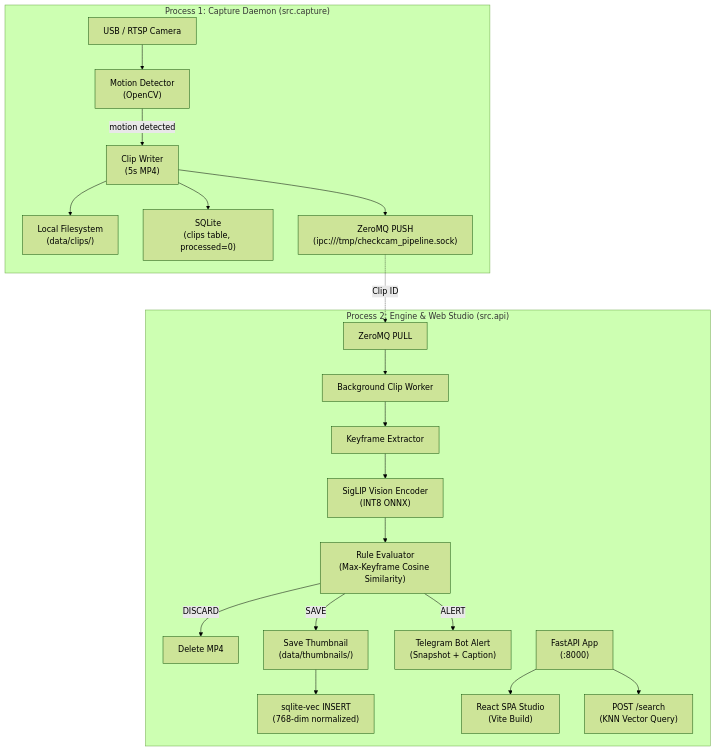
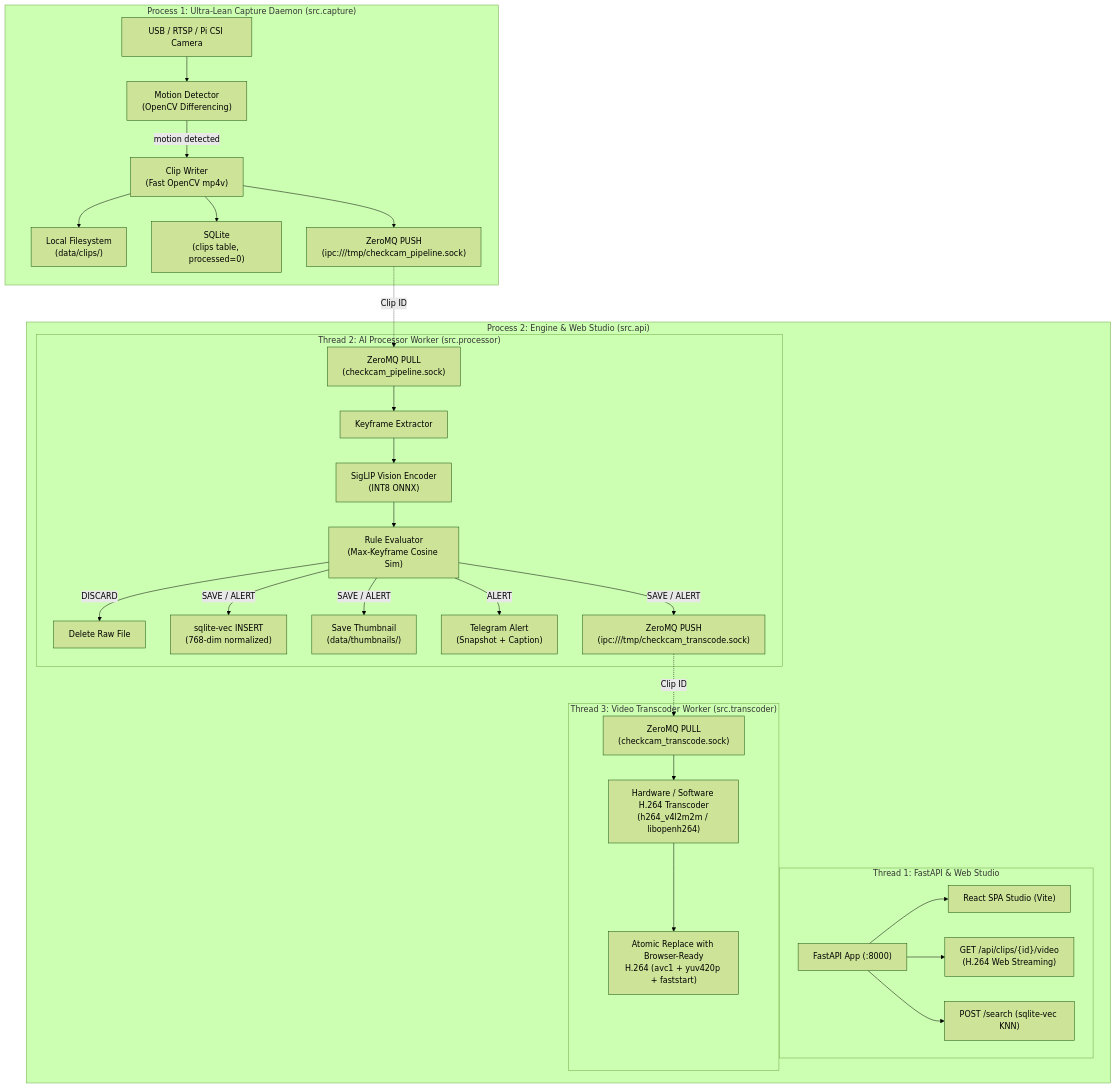
The diagram in README.md (feysy/CheckCam), drawn with Mermaid (forest theme) before and after one commit. The commit also changed 7 other files, not shown here.

Commit message:
refactor: implement dedicated worker threads for AI processing and video transcoding

````diff
--- a/README.md
+++ b/README.md
@@ -24,28 +24,37 @@
 ```mermaid
 graph TD
-    subgraph "Process 1: Capture Daemon (src.capture)"
-        CAM["USB / RTSP Camera"] --> MD["Motion Detector\n(OpenCV)"]
-        MD -->|motion detected| CW["Clip Writer\n(5s MP4)"]
+    subgraph "Process 1: Ultra-Lean Capture Daemon (src.capture)"
+        CAM["USB / RTSP / Pi CSI Camera"] --> MD["Motion Detector\n(OpenCV Differencing)"]
+        MD -->|motion detected| CW["Clip Writer\n(Fast OpenCV mp4v)"]
         CW --> DISK["Local Filesystem\n(data/clips/)"]
         CW --> DB_C["SQLite\n(clips table, processed=0)"]
         CW --> ZMQ_PUB["ZeroMQ PUSH\n(ipc:///tmp/checkcam_pipeline.sock)"]
     end
 
     subgraph "Process 2: Engine & Web Studio (src.api)"
-        ZMQ_SUB["ZeroMQ PULL"] --> BG["Background Clip Worker"]
-        BG --> KF["Keyframe Extractor"]
-        KF --> SIG_V["SigLIP Vision Encoder\n(INT8 ONNX)"]
-        SIG_V --> RULES["Rule Evaluator\n(Max-Keyframe Cosine Similarity)"]
-        
-        RULES -->|DISCARD| DEL["Delete MP4"]
-        RULES -->|SAVE| THUMB["Save Thumbnail\n(data/thumbnails/)"]
-        RULES -->|ALERT| TG["Telegram Bot Alert\n(Snapshot + Caption)"]
-        
-        THUMB --> VEC["sqlite-vec INSERT\n(768-dim normalized)"]
-        
-        API["FastAPI App\n(:8000)"] --> UI["React SPA Studio\n(Vite Build)"]
-        API --> SEARCH["POST /search\n(KNN Vector Query)"]
+        subgraph "Thread 1: FastAPI & Web Studio"
+            API["FastAPI App (:8000)"] --> UI["React SPA Studio (Vite)"]
+            API --> STREAM["GET /api/clips/{id}/video\n(H.264 Web Streaming)"]
+            API --> SEARCH["POST /search (sqlite-vec KNN)"]
+        end
+
+        subgraph "Thread 2: AI Processor Worker (src.processor)"
+            ZMQ_SUB["ZeroMQ PULL\n(checkcam_pipeline.sock)"] --> KF["Keyframe Extractor"]
+            KF --> SIG_V["SigLIP Vision Encoder\n(INT8 ONNX)"]
+            SIG_V --> RULES["Rule Evaluator\n(Max-Keyframe Cosine Sim)"]
+            RULES -->|DISCARD| DEL["Delete Raw File"]
+            RULES -->|SAVE / ALERT| VEC["sqlite-vec INSERT\n(768-dim normalized)"]
+            RULES -->|SAVE / ALERT| THUMB["Save Thumbnail\n(data/thumbnails/)"]
+            RULES -->|ALERT| TG["Telegram Alert\n(Snapshot + Caption)"]
+            RULES -->|SAVE / ALERT| ZMQ_TC_PUSH["ZeroMQ PUSH\n(ipc:///tmp/checkcam_transcode.sock)"]
+        end
+
+        subgraph "Thread 3: Video Transcoder Worker (src.transcoder)"
+            ZMQ_TC_PULL["ZeroMQ PULL\n(checkcam_transcode.sock)"] --> ENC["Hardware / Software H.264 Transcoder\n(h264_v4l2m2m / libopenh264)"]
+            ENC --> H264["Atomic Replace with Browser-Ready\nH.264 (avc1 + yuv420p + faststart)"]
+        end
     end
 
     ZMQ_PUB -.->|"Clip ID"| ZMQ_SUB
+    ZMQ_TC_PUSH -.->|"Clip ID"| ZMQ_TC_PULL
 ```
````
